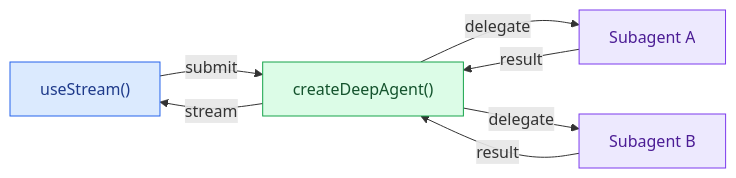
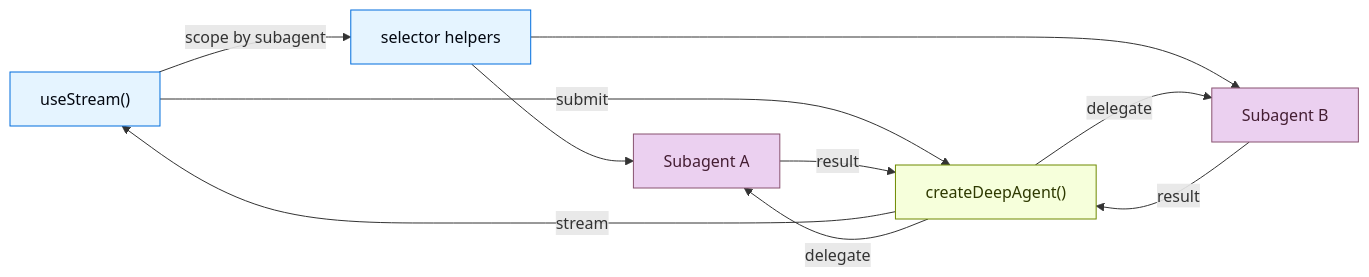
The diagram in build/oss/javascript/deepagents/frontend/overview.mdx (lukehinds/docs), drawn with Mermaid before and after one commit. The commit also changed other lines of this file and 2871 other files, not shown here.

````diff
--- a/build/oss/javascript/deepagents/frontend/overview.mdx
+++ b/build/oss/javascript/deepagents/frontend/overview.mdx
@@ -12,29 +23,33 @@
 ```mermaid
 %%{
   init: {
     "fontFamily": "monospace",
     "flowchart": {
       "curve": "curve"
     }
   }
 }%%
 graph LR
   FRONTEND["useStream()"]
+  SELECTORS["selector helpers"]
   BACKEND["createDeepAgent()"]
   SUB1["Subagent A"]
   SUB2["Subagent B"]
 
   BACKEND --"stream"--> FRONTEND
+  FRONTEND --"scope by subagent"--> SELECTORS
+  SELECTORS --> SUB1
+  SELECTORS --> SUB2
   FRONTEND --"submit"--> BACKEND
   BACKEND --"delegate"--> SUB1
   BACKEND --"delegate"--> SUB2
   SUB1 --"result"--> BACKEND
   SUB2 --"result"--> BACKEND
 
-  classDef blueHighlight fill:#DBEAFE,stroke:#2563EB,color:#1E3A8A;
-  classDef greenHighlight fill:#DCFCE7,stroke:#16A34A,color:#14532D;
-  classDef purpleHighlight fill:#EDE9FE,stroke:#7C3AED,color:#4C1D95;
-  class FRONTEND blueHighlight;
+  classDef blueHighlight fill:#E5F4FF,stroke:#006DDD,color:#030710;
+  classDef greenHighlight fill:#F6FFDB,stroke:#6E8900,color:#2E3900;
+  classDef purpleHighlight fill:#EBD0F0,stroke:#885270,color:#441E33;
+  class FRONTEND,SELECTORS blueHighlight;
   class BACKEND greenHighlight;
   class SUB1,SUB2 purpleHighlight;
 ```
````
